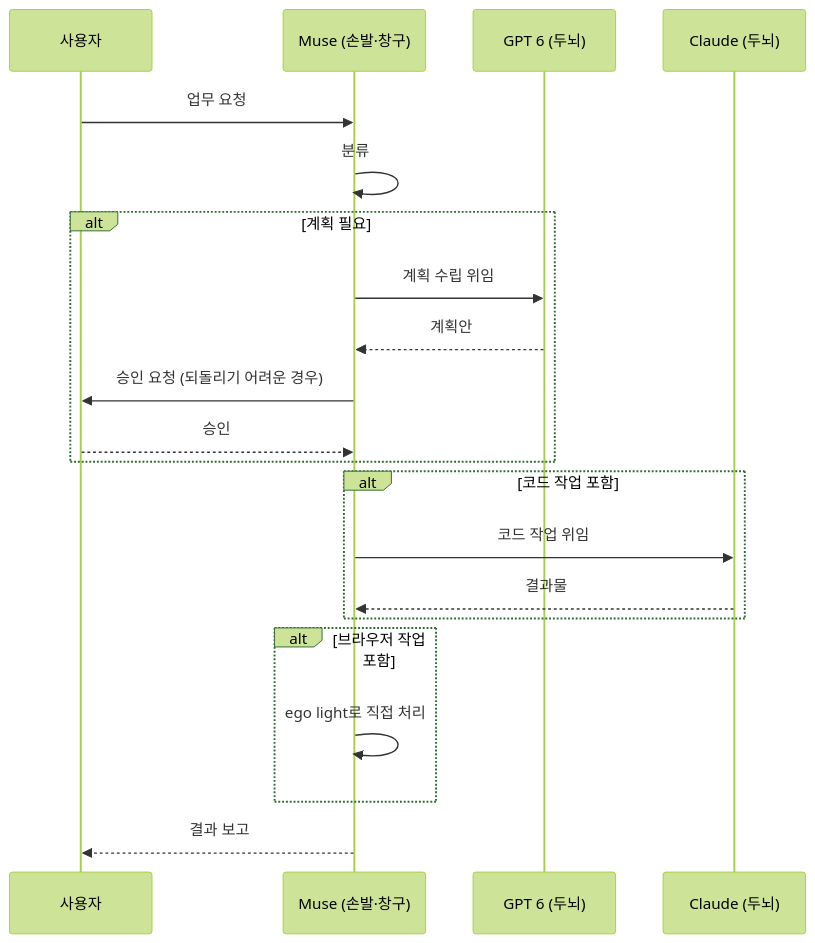
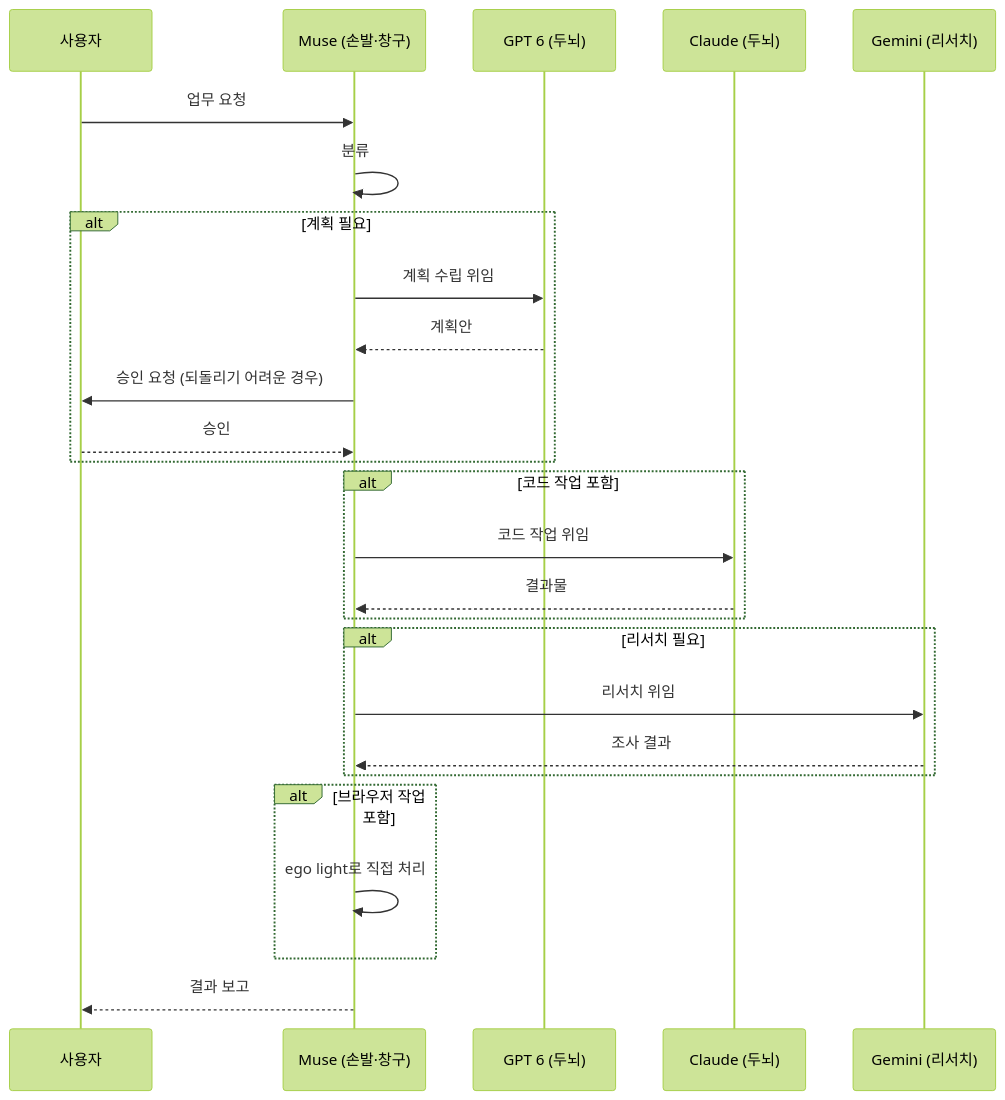
The second of 2 diagrams in ORCHESTRATION.md (groundroot/muse-orchestration), drawn with Mermaid (forest theme) before and after one commit. The commit also changed other lines of this file and 1 other file, not shown here.

Commit message:
Gemini 리서치 역할 추가

````diff
--- a/ORCHESTRATION.md
+++ b/ORCHESTRATION.md
@@ -163,24 +176,29 @@
 ```mermaid
 sequenceDiagram
     participant U as 사용자
     participant M as Muse (손발·창구)
     participant G as GPT 6 (두뇌)
     participant C as Claude (두뇌)
+    participant Ge as Gemini (리서치)
 
     U->>M: 업무 요청
     M->>M: 분류
     alt 계획 필요
         M->>G: 계획 수립 위임
         G-->>M: 계획안
         M->>U: 승인 요청 (되돌리기 어려운 경우)
         U-->>M: 승인
     end
     alt 코드 작업 포함
         M->>C: 코드 작업 위임
         C-->>M: 결과물
     end
+    alt 리서치 필요
+        M->>Ge: 리서치 위임
+        Ge-->>M: 조사 결과
+    end
     alt 브라우저 작업 포함
         M->>M: ego light로 직접 처리
     end
     M-->>U: 결과 보고
 ```
````
